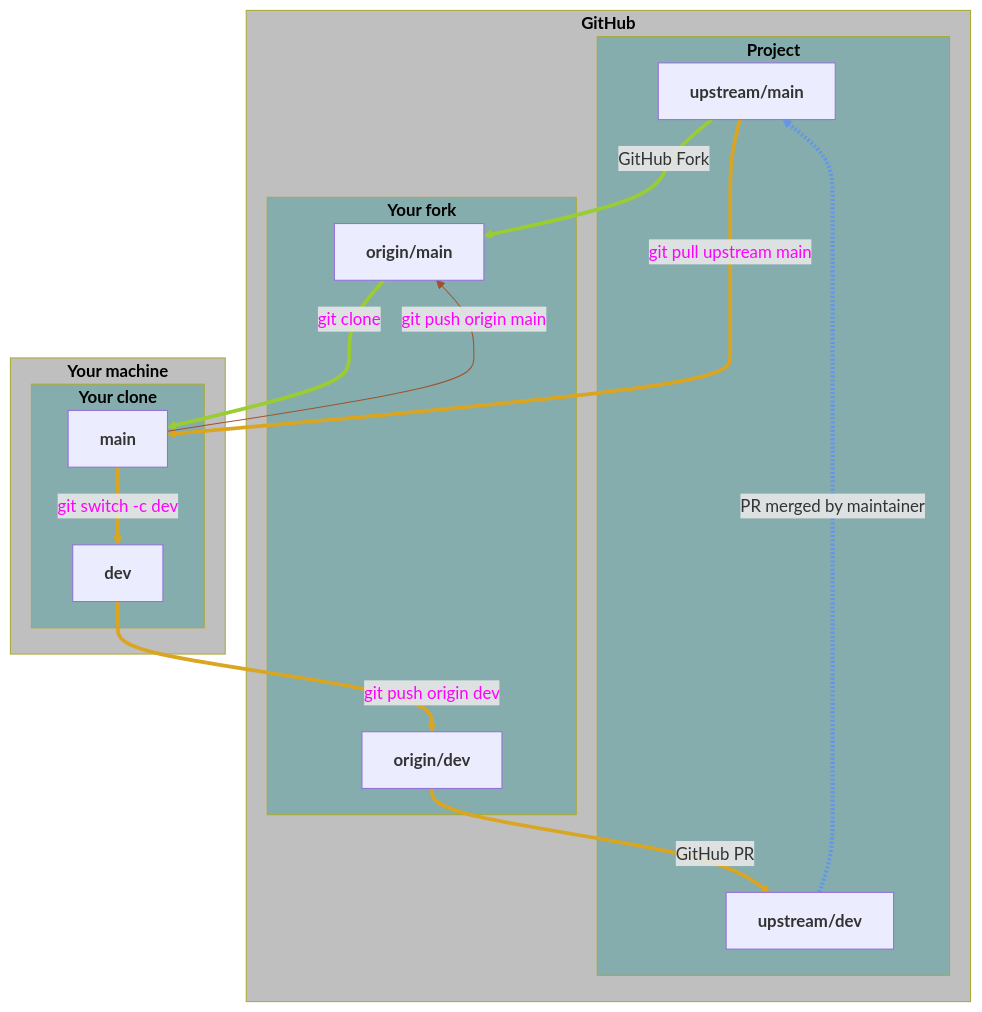
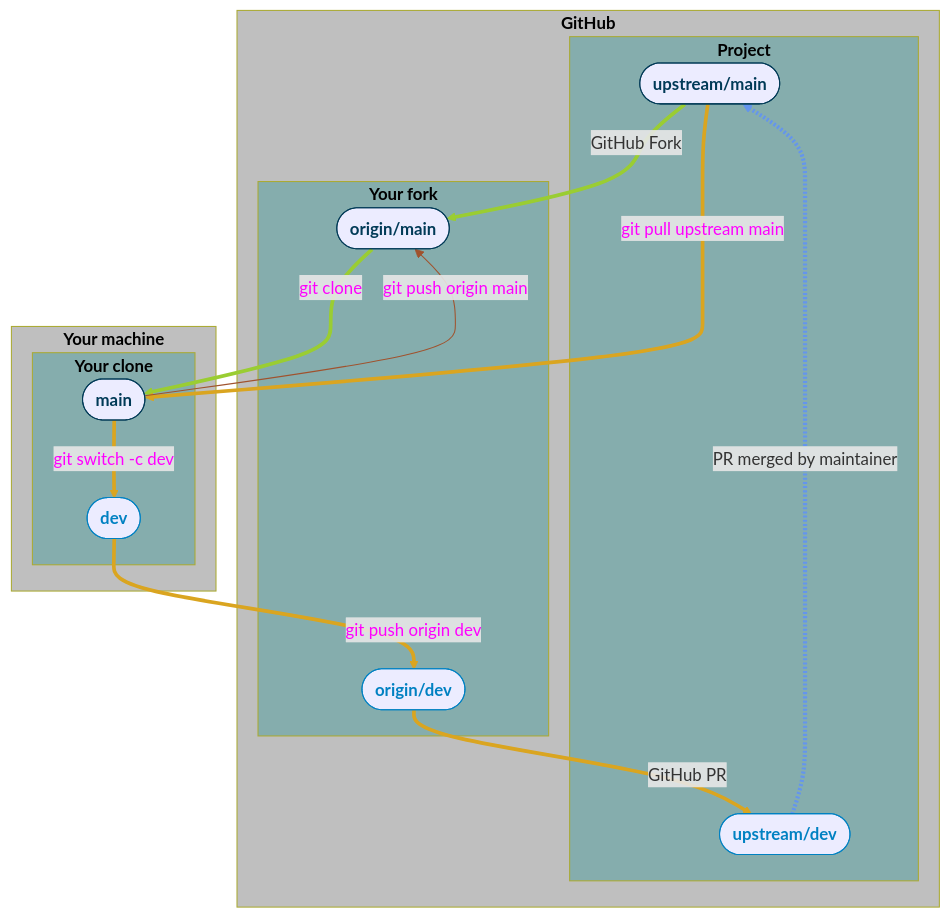
Before and after one commit to WestDRI/arc-training: the first of 12 diagrams in git/col_pr.qmd, drawn with Mermaid. The commit also changed other lines of this file, not shown here.

Commit message:
improve GitHub PR workflow mermaid diagrams

````diff
--- a/git/col_pr.qmd
+++ b/git/col_pr.qmd
@@ -50,46 +50,55 @@
 ```{mermaid}
 %%| echo: false
 flowchart TD
   subgraph gh["<b>GitHub</b>"]
     subgraph project["<b>Project</b>"]
-      upstream/main["<b>upstream/main</b>"]
-      upstream/dev["<b>upstream/dev</b>"]
+      upstream/main(["<b>upstream/main</b>"])
+      upstream/dev(["<b>upstream/dev</b>"])
     end
     subgraph fork["<b>Your fork</b>"]
-      origin/main["<b>origin/main</b>"]
-      origin/dev["<b>origin/dev</b>"]
+      origin/main(["<b>origin/main</b>"])
+      origin/dev(["<b>origin/dev</b>"])
     end
   end
   subgraph local["<b>Your machine</b>"]
     subgraph clone["<b>Your clone</b>"]
-      main["<b>main</b>"]
-      dev["<b>dev</b>"]
+      main(["<b>main</b>"])
+      dev(["<b>dev</b>"])
     end
   end
 
+  classDef hidden display: none;
   classDef location fill:#bfbfbf, color:#000;
   class gh location;
   class local location;
   classDef repo fill:#85adad, color:#000;
   class project repo;
   class fork repo;
   class clone repo;
+  classDef branchmain color:#003a57, stroke:#003a57;
+  classDef branchdev color:#0081c2, stroke:#0081c2;
+  class upstream/main branchmain;
+  class upstream/dev branchdev;
+  class origin/main branchmain;
+  class origin/dev branchdev;
+  class main branchmain;
+  class dev branchdev;
 
   upstream/main == GitHub Fork ==>  origin/main
   origin/main == git clone ==> main
   upstream/main == git pull upstream main ==> main
   main -- git push origin main --> origin/main
   main == git switch -c dev ==> dev
   dev == git push origin dev ==> origin/dev
   origin/dev == GitHub PR ==> upstream/dev
   upstream/dev -. PR merged by maintainer .-> upstream/main
 
   linkStyle 0 stroke:YellowGreen;
   linkStyle 1 stroke:YellowGreen, color:magenta;
   linkStyle 2 stroke:goldenrod, color:magenta;
   linkStyle 3 stroke:sienna, color:magenta;
   linkStyle 4 stroke:goldenrod, color:magenta;
   linkStyle 5 stroke:goldenrod, color:magenta;
   linkStyle 6 stroke:goldenrod;
   linkStyle 7 stroke:CornflowerBlue, stroke-width:4px;
 ```
````
